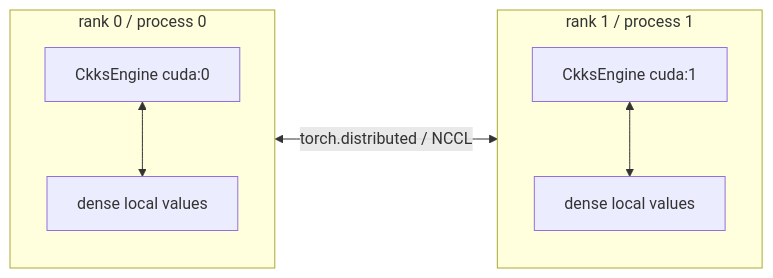
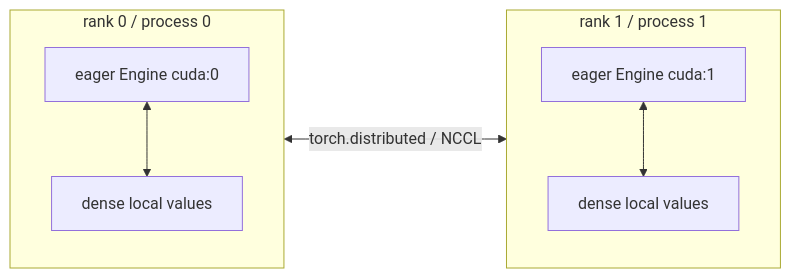
The first of 3 diagrams in docs/concepts/distributed/spmd-model.md (visualDust/fhelium), drawn with Mermaid before and after one commit. The commit also changed other lines of this file and 612 other files, not shown here.

Commit message:
Introduce several architecture changes and support Windows native build

````diff
--- a/docs/concepts/distributed/spmd-model.md
+++ b/docs/concepts/distributed/spmd-model.md
@@ -9,14 +9,14 @@
 ```mermaid
 graph LR
     subgraph R0[rank 0 / process 0]
-      E0[CkksEngine cuda:0]
+      E0[eager Engine cuda:0]
       V0[dense local values]
       E0 <--> V0
     end
     subgraph R1[rank 1 / process 1]
-      E1[CkksEngine cuda:1]
+      E1[eager Engine cuda:1]
       V1[dense local values]
       E1 <--> V1
     end
     R0 <-->|torch.distributed / NCCL| R1
 ```
````
